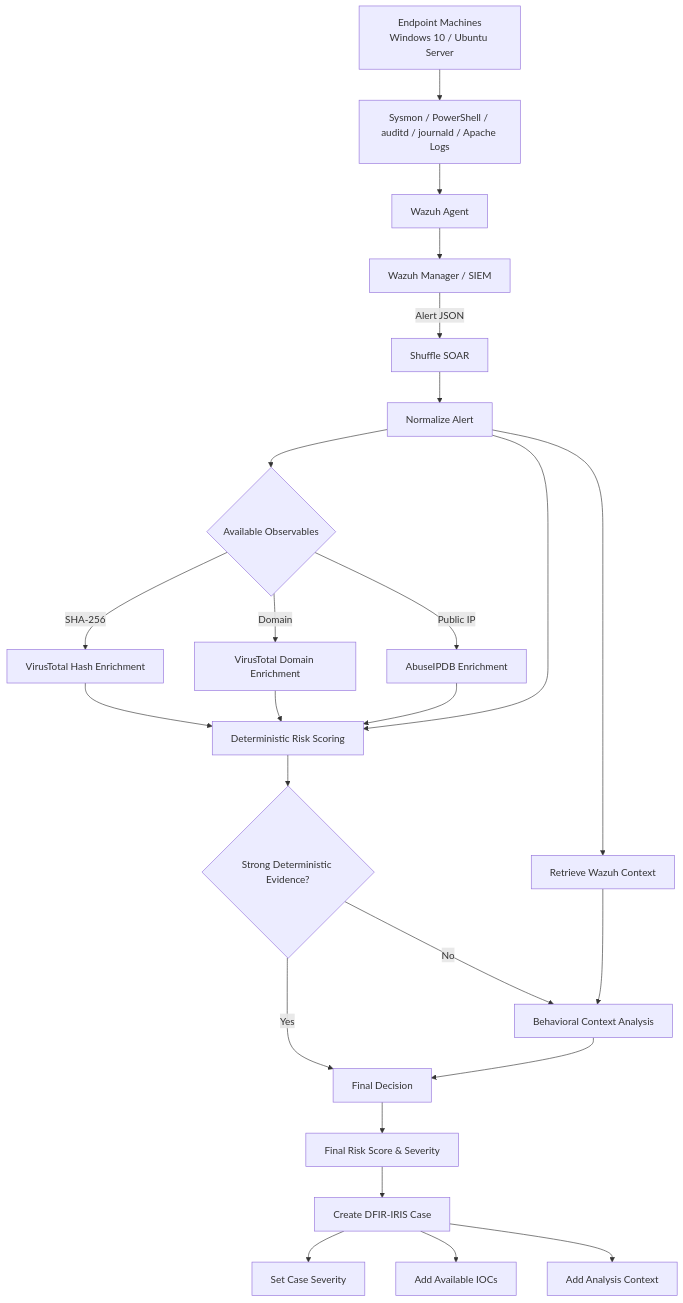
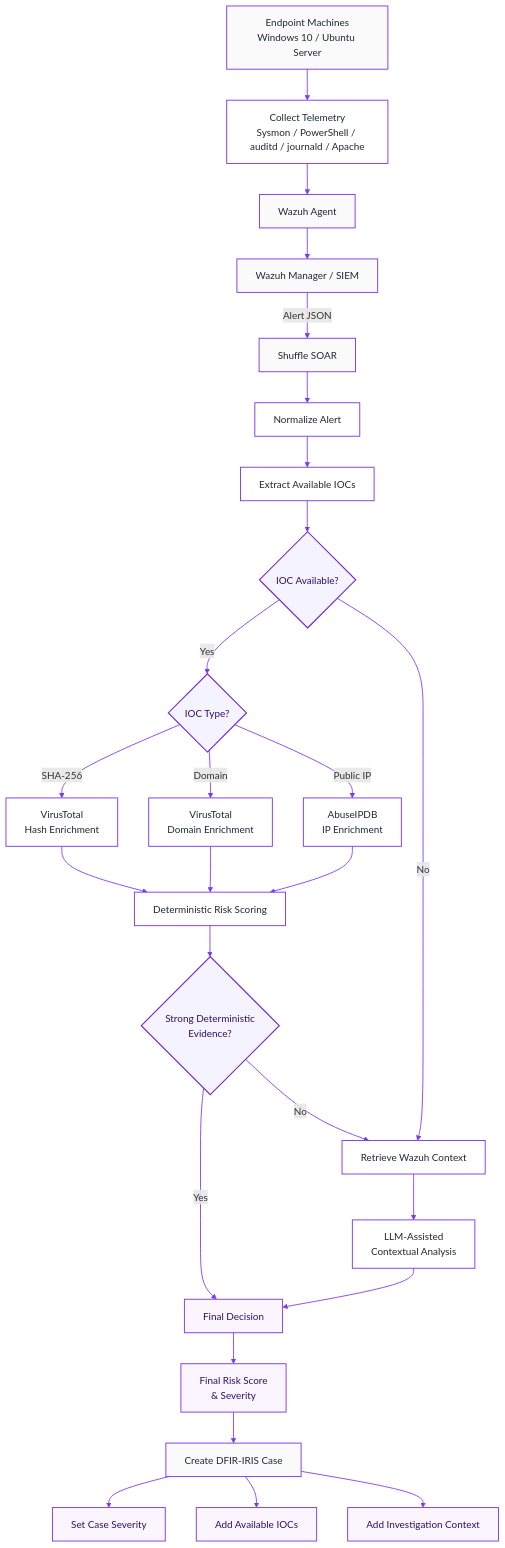
One commit to Yasserkdr1/Automated-soc-investigation-lab changed the diagram in README.md. Above: the diagram before and after it, drawn with Mermaid.

Commit message:
Revise shuffle workflow diagram in README
Updated the shuffle workflow diagram to enhance clarity and detail.

````diff
--- a/README.md
+++ b/README.md
@@ -50,40 +50,65 @@
 ```mermaid
+
 flowchart TD
 
     ENDPOINT[Endpoint Machines<br/>Windows 10 / Ubuntu Server]
+    TEL[Collect Telemetry<br/>Sysmon / PowerShell / auditd / journald / Apache]
+    AGENT[Wazuh Agent]
+    WAZUH[Wazuh Manager / SIEM]
 
-    ENDPOINT --> TEL[Sysmon / PowerShell / auditd / journald / Apache Logs]
-    TEL --> AGENT[Wazuh Agent]
-    AGENT --> WAZUH[Wazuh Manager / SIEM]
+    ENDPOINT --> TEL
+    TEL --> AGENT
+    AGENT --> WAZUH
 
     WAZUH -->|Alert JSON| SHUFFLE[Shuffle SOAR]
 
     SHUFFLE --> NORMALIZE[Normalize Alert]
-    NORMALIZE --> ROUTER{Available Observables}
+    NORMALIZE --> EXTRACT[Extract Available IOCs]
 
-    ROUTER -->|SHA-256| VTHASH[VirusTotal Hash Enrichment]
-    ROUTER -->|Domain| VTDOMAIN[VirusTotal Domain Enrichment]
-    ROUTER -->|Public IP| ABUSEIP[AbuseIPDB Enrichment]
+    EXTRACT --> IOC_CHECK{IOC Available?}
 
-    NORMALIZE --> CONTEXT[Retrieve Wazuh Context]
+    IOC_CHECK -->|Yes| IOC_TYPE{IOC Type?}
+    IOC_CHECK -->|No| CONTEXT[Retrieve Wazuh Context]
+
+    IOC_TYPE -->|SHA-256| VTHASH[VirusTotal<br/>Hash Enrichment]
+    IOC_TYPE -->|Domain| VTDOMAIN[VirusTotal<br/>Domain Enrichment]
+    IOC_TYPE -->|Public IP| ABUSEIP[AbuseIPDB<br/>IP Enrichment]
 
     VTHASH --> DETSCORE[Deterministic Risk Scoring]
     VTDOMAIN --> DETSCORE
     ABUSEIP --> DETSCORE
-    NORMALIZE --> DETSCORE
 
-    DETSCORE --> LLMCHECK{Strong Deterministic Evidence?}
+    DETSCORE --> EVIDENCE{Strong Deterministic<br/>Evidence?}
 
-    LLMCHECK -->|Yes| FINAL[Final Decision]
-    LLMCHECK -->|No| LLM[Behavioral Context Analysis]
+    EVIDENCE -->|Yes| FINAL[Final Decision]
+    EVIDENCE -->|No| CONTEXT
 
-    CONTEXT --> LLM
+    CONTEXT --> LLM[LLM-Assisted<br/>Contextual Analysis]
     LLM --> FINAL
 
-    FINAL --> RISK[Final Risk Score & Severity]
+    FINAL --> RISK[Final Risk Score<br/>& Severity]
     RISK --> IRIS[Create DFIR-IRIS Case]
 
     IRIS --> SEVERITY[Set Case Severity]
     IRIS --> IOC[Add Available IOCs]
-    IRIS --> NOTE[Add Analysis Context]
+    IRIS --> NOTE[Add Investigation Context]
+
+
+    %% =========================
+    %% STYLING
+    %% =========================
+
+    classDef process fill:#ffffff,stroke:#7c3aed,stroke-width:1.5px,color:#1f2937;
+    classDef decision fill:#f5f3ff,stroke:#6d28d9,stroke-width:1.8px,color:#2e1065;
+    classDef system fill:#fafafa,stroke:#7c3aed,stroke-width:1.5px,color:#1f2937;
+    classDef output fill:#faf5ff,stroke:#7c3aed,stroke-width:1.5px,color:#2e1065;
+
+    class ENDPOINT,AGENT,WAZUH,SHUFFLE,IRIS system;
+    class TEL,NORMALIZE,EXTRACT,CONTEXT,VTHASH,VTDOMAIN,ABUSEIP,DETSCORE,LLM process;
+    class IOC_CHECK,IOC_TYPE,EVIDENCE decision;
+    class FINAL,RISK,SEVERITY,IOC,NOTE output;
+
+    linkStyle default stroke:#7c3aed,stroke-width:1.4px;
+
+
 ```
````
